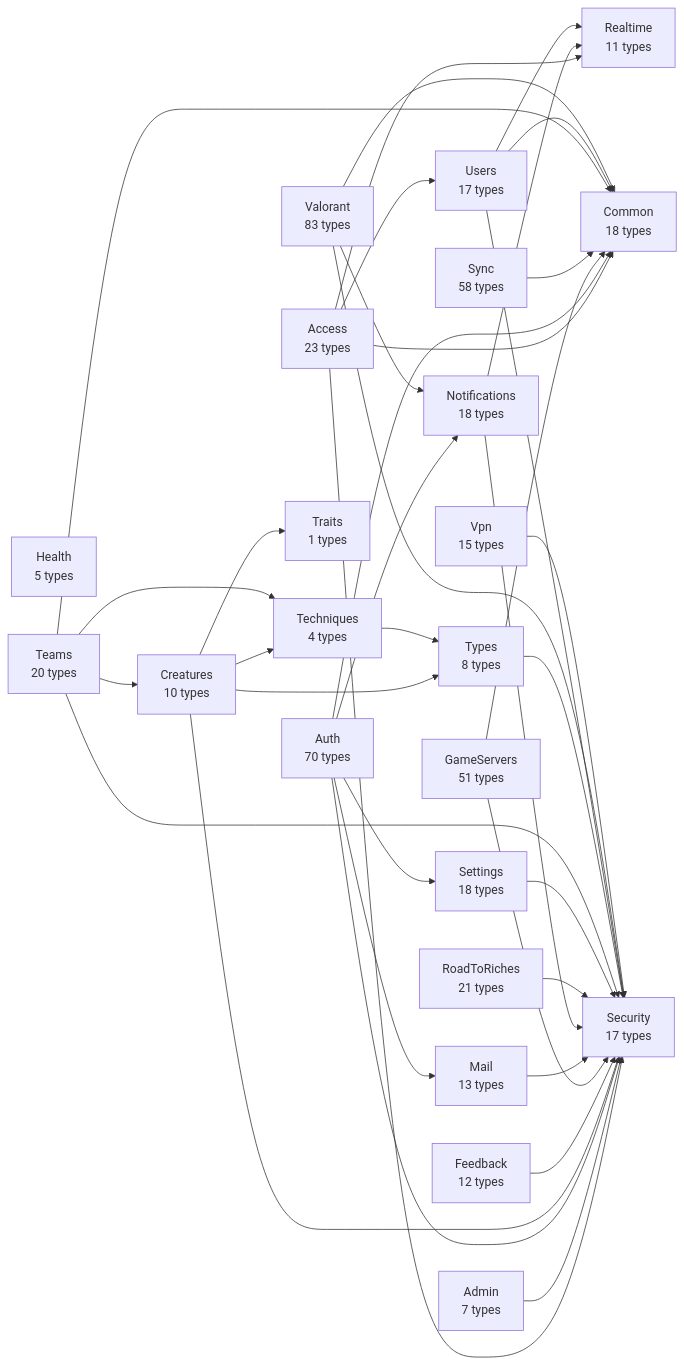
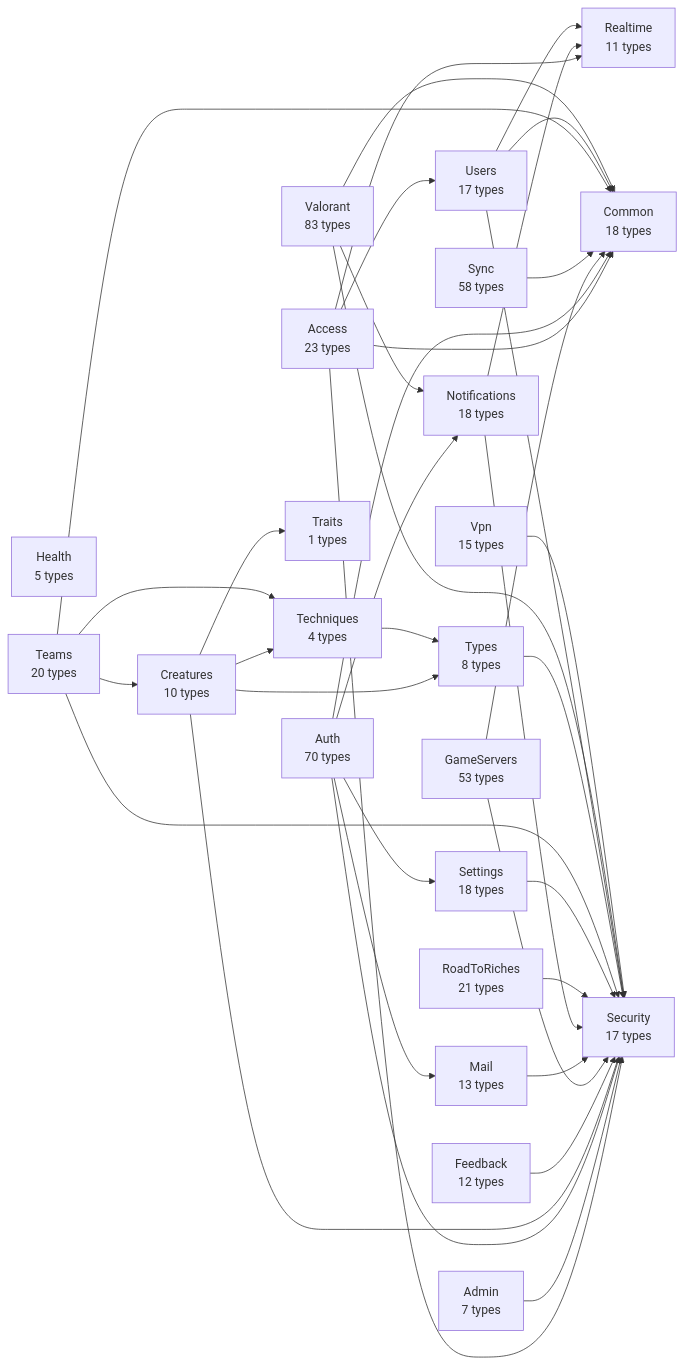
Before and after one commit to huiitre/Tools-app: the diagram in api/docs/diagrams/00-modules.md, drawn with Mermaid. The commit also changed 6 other files, not shown here.

````diff
--- a/api/docs/diagrams/00-modules.md
+++ b/api/docs/diagrams/00-modules.md
@@ -5,61 +5,61 @@
 ```mermaid
 flowchart LR
   Access["Access<br/>23 types"]
   Admin["Admin<br/>7 types"]
   Auth["Auth<br/>70 types"]
   Common["Common<br/>18 types"]
   Creatures["Creatures<br/>10 types"]
   Feedback["Feedback<br/>12 types"]
-  GameServers["GameServers<br/>51 types"]
+  GameServers["GameServers<br/>53 types"]
   Health["Health<br/>5 types"]
   Mail["Mail<br/>13 types"]
   Notifications["Notifications<br/>18 types"]
   Realtime["Realtime<br/>11 types"]
   RoadToRiches["RoadToRiches<br/>21 types"]
   Security["Security<br/>17 types"]
   Settings["Settings<br/>18 types"]
   Sync["Sync<br/>58 types"]
   Teams["Teams<br/>20 types"]
   Techniques["Techniques<br/>4 types"]
   Traits["Traits<br/>1 types"]
   Types["Types<br/>8 types"]
   Users["Users<br/>17 types"]
   Valorant["Valorant<br/>83 types"]
   Vpn["Vpn<br/>15 types"]
   Access --> Common
   Access --> Realtime
   Access --> Security
   Access --> Users
   Admin --> Security
   Auth --> Common
   Auth --> Mail
   Auth --> Notifications
   Auth --> Security
   Auth --> Settings
   Creatures --> Security
   Creatures --> Techniques
   Creatures --> Traits
   Creatures --> Types
   Feedback --> Security
   GameServers --> Common
   GameServers --> Security
   Mail --> Security
   Notifications --> Realtime
   Notifications --> Security
   RoadToRiches --> Security
   Settings --> Security
   Sync --> Common
   Teams --> Common
   Teams --> Creatures
   Teams --> Security
   Teams --> Techniques
   Techniques --> Types
   Types --> Security
   Users --> Common
   Users --> Realtime
   Users --> Security
   Valorant --> Common
   Valorant --> Notifications
   Valorant --> Security
   Vpn --> Security
 ```
````
